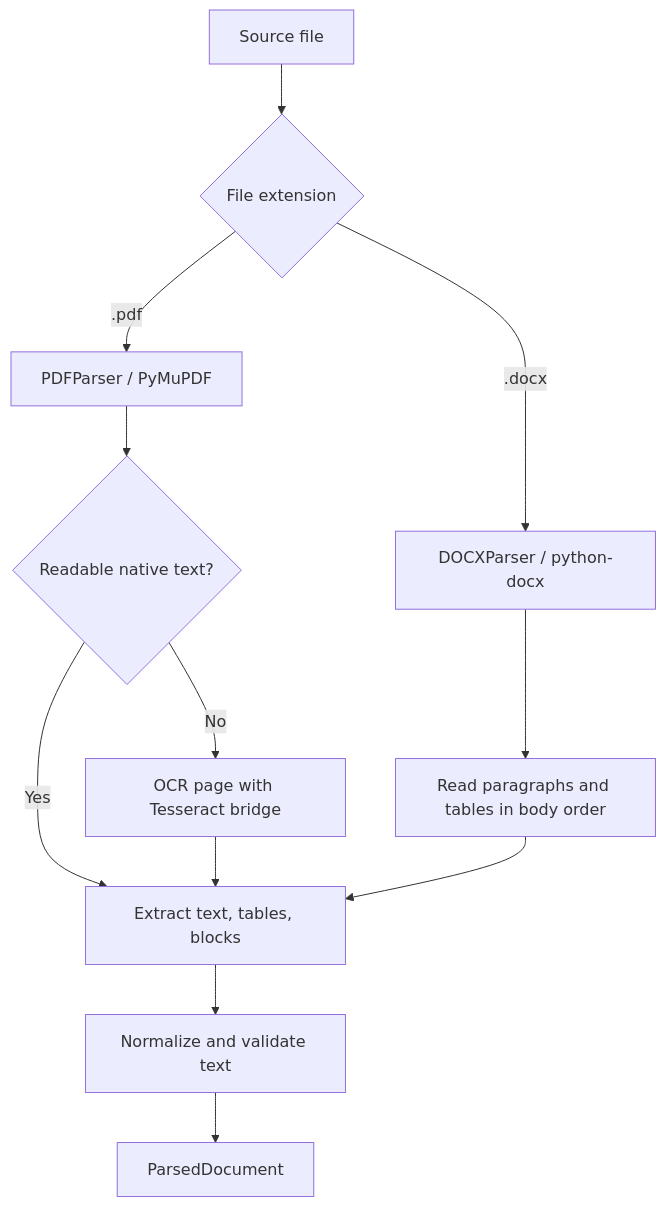
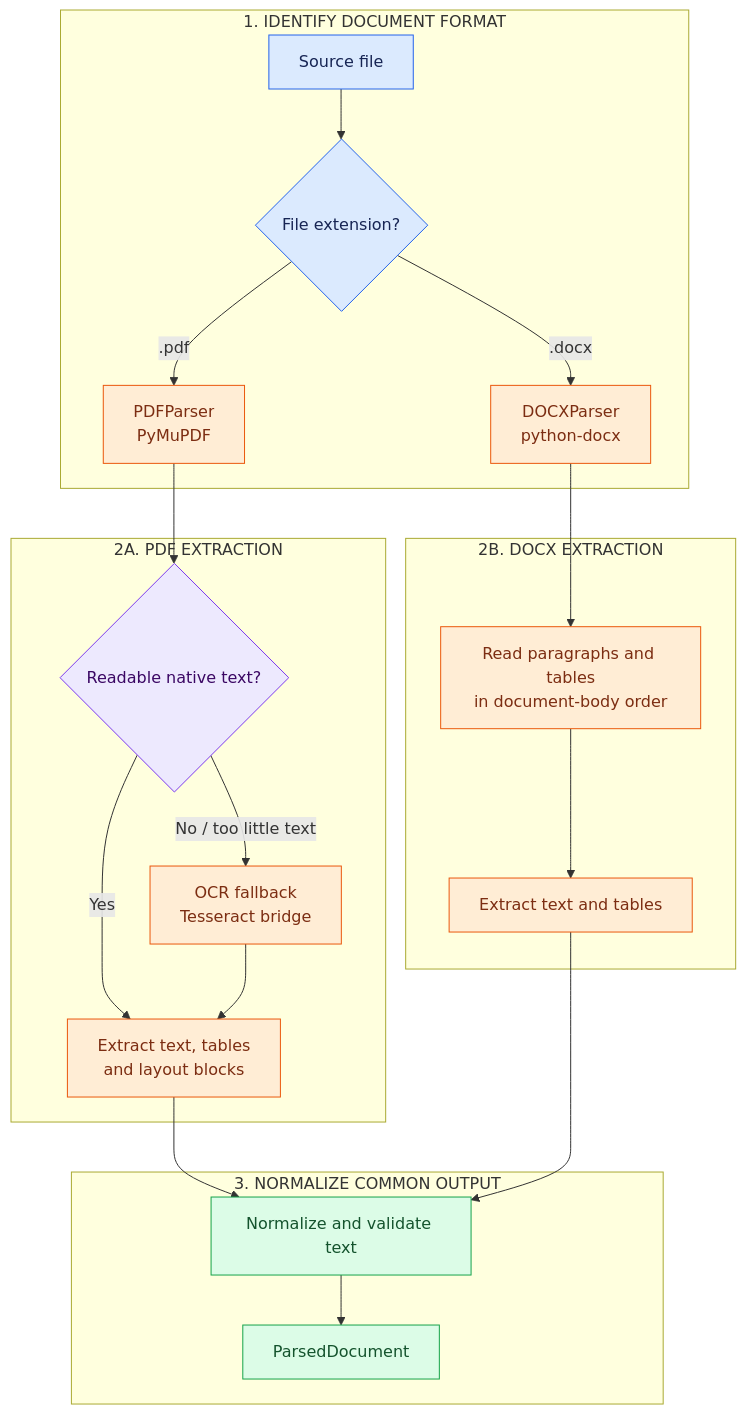
Before and after one commit to pratik-0302/job_description_agent: the fifth of 15 diagrams in README.md, drawn with Mermaid. The commit also changed other lines of this file, not shown here.

Commit message:
docs: standardize README diagrams with staged architecture flows

````diff
--- a/README.md
+++ b/README.md
@@ -386,14 +462,35 @@
 ```mermaid
-flowchart TD
-    FILE["Source file"] --> DISPATCH{"File extension"}
-    DISPATCH -->|.pdf| PDF["PDFParser / PyMuPDF"]
-    DISPATCH -->|.docx| DOCX["DOCXParser / python-docx"]
-    PDF --> NATIVE{"Readable native text?"}
-    NATIVE -->|Yes| TEXT["Extract text, tables, blocks"]
-    NATIVE -->|No| OCR["OCR page with Tesseract bridge"]
-    OCR --> TEXT
-    DOCX --> ORDER["Read paragraphs and tables in body order"]
-    ORDER --> TEXT
-    TEXT --> NORMALIZE["Normalize and validate text"]
-    NORMALIZE --> MODEL["ParsedDocument"]
+flowchart TB
+    subgraph INPUT["1. IDENTIFY DOCUMENT FORMAT"]
+        FILE["Source file"] --> DISPATCH{"File extension?"}
+        DISPATCH -->|.pdf| PDF["PDFParser<br/>PyMuPDF"]
+        DISPATCH -->|.docx| DOCX["DOCXParser<br/>python-docx"]
+    end
+
+    subgraph PDFPATH["2A. PDF EXTRACTION"]
+        PDF --> NATIVE{"Readable native text?"}
+        NATIVE -->|Yes| PDFTEXT["Extract text, tables<br/>and layout blocks"]
+        NATIVE -->|No / too little text| OCR["OCR fallback<br/>Tesseract bridge"]
+        OCR --> PDFTEXT
+    end
+
+    subgraph DOCXPATH["2B. DOCX EXTRACTION"]
+        DOCX --> ORDER["Read paragraphs and tables<br/>in document-body order"]
+        ORDER --> DOCXTEXT["Extract text and tables"]
+    end
+
+    subgraph OUTPUT["3. NORMALIZE COMMON OUTPUT"]
+        PDFTEXT --> NORMALIZE["Normalize and validate text"]
+        DOCXTEXT --> NORMALIZE
+        NORMALIZE --> MODEL["ParsedDocument"]
+    end
+
+    classDef input fill:#dbeafe,stroke:#2563eb,color:#172554
+    classDef parser fill:#ffedd5,stroke:#ea580c,color:#7c2d12
+    classDef decision fill:#ede9fe,stroke:#7c3aed,color:#3b0764
+    classDef output fill:#dcfce7,stroke:#16a34a,color:#14532d
+    class FILE,DISPATCH input
+    class PDF,DOCX,PDFTEXT,OCR,ORDER,DOCXTEXT parser
+    class NATIVE decision
+    class NORMALIZE,MODEL output
 ```
````
